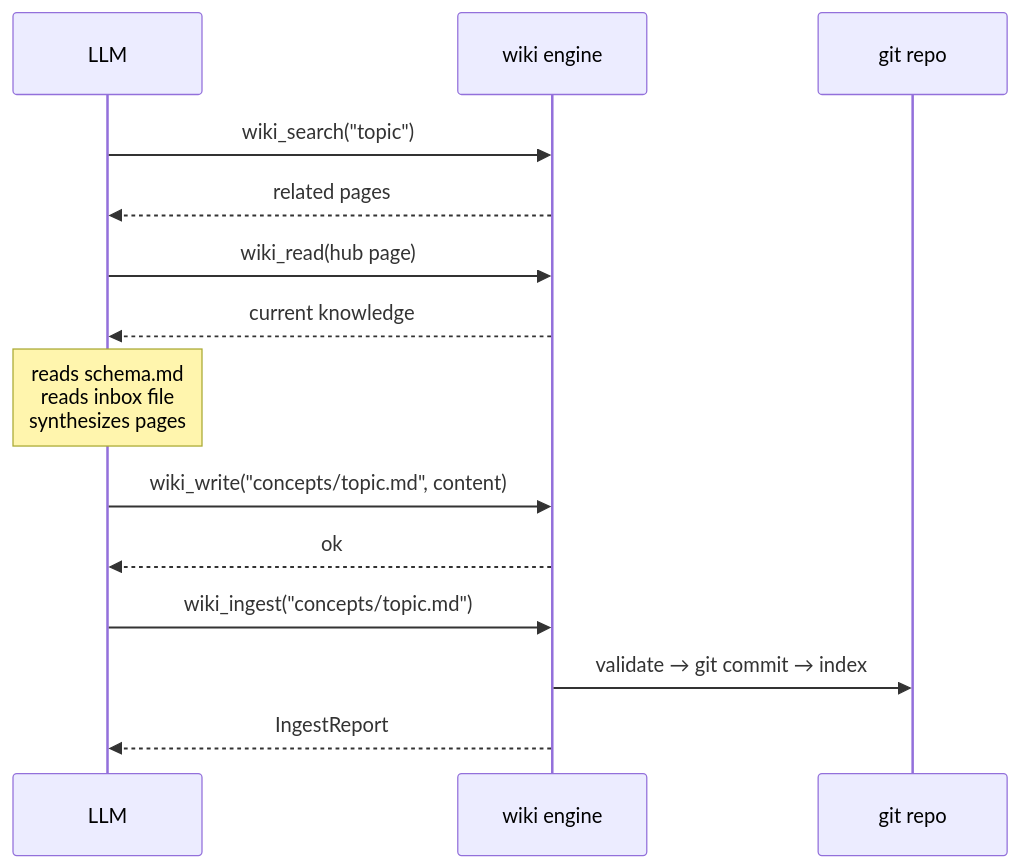
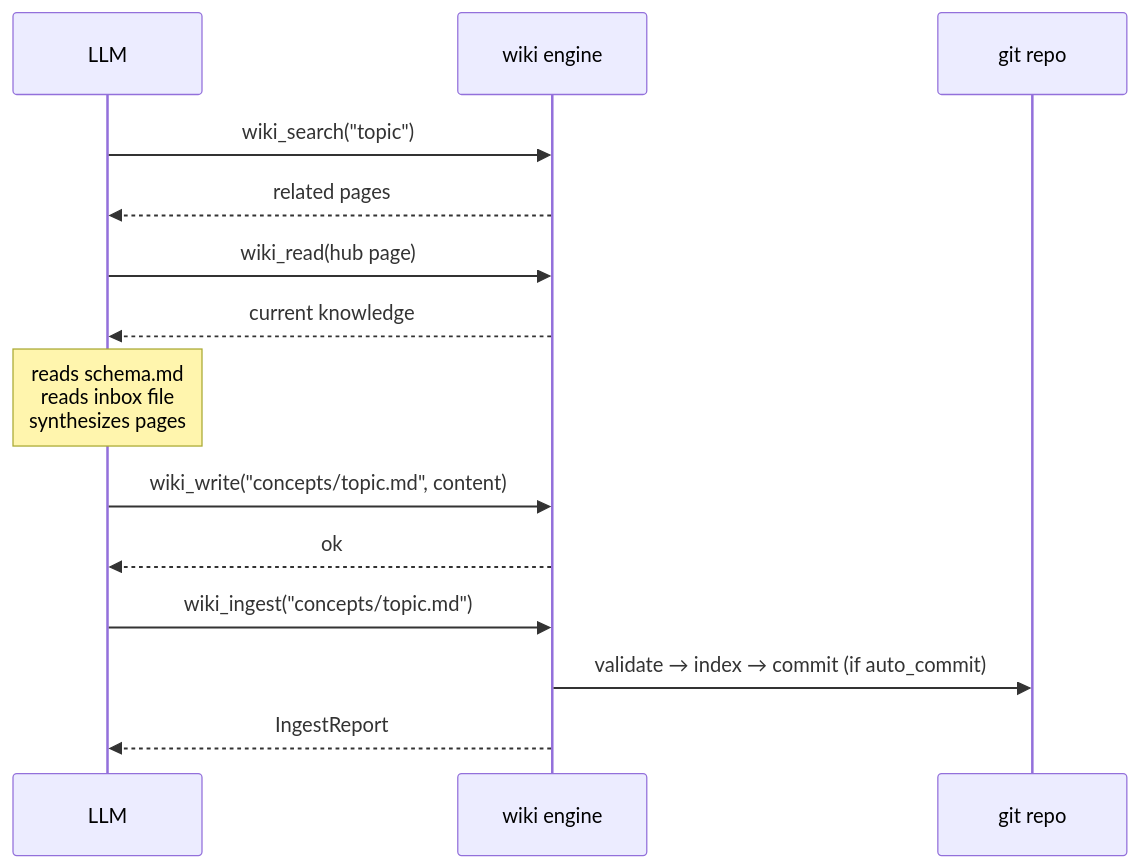
Before and after one commit to geronimo-iia/llm-wiki: the fourth of 7 diagrams in docs/diagrams.md, drawn with Mermaid. The commit also changed other lines of this file and 32 other files, not shown here.

Commit message:
feat: ingest auto-commit — new/lint never commit, explicit llm-wiki commit command, ingest.auto_commit config flag

````diff
--- a/docs/diagrams.md
+++ b/docs/diagrams.md
@@ -105,21 +107,21 @@
 ```mermaid
 sequenceDiagram
     participant LLM
     participant Engine as wiki engine
     participant Repo as git repo
 
     LLM->>Engine: wiki_search("topic")
     Engine-->>LLM: related pages
 
     LLM->>Engine: wiki_read(hub page)
     Engine-->>LLM: current knowledge
 
     Note over LLM: reads schema.md<br/>reads inbox file<br/>synthesizes pages
 
     LLM->>Engine: wiki_write("concepts/topic.md", content)
     Engine-->>LLM: ok
 
     LLM->>Engine: wiki_ingest("concepts/topic.md")
-    Engine->>Repo: validate → git commit → index
+    Engine->>Repo: validate → index → commit (if auto_commit)
     Engine-->>LLM: IngestReport
 ```
````
